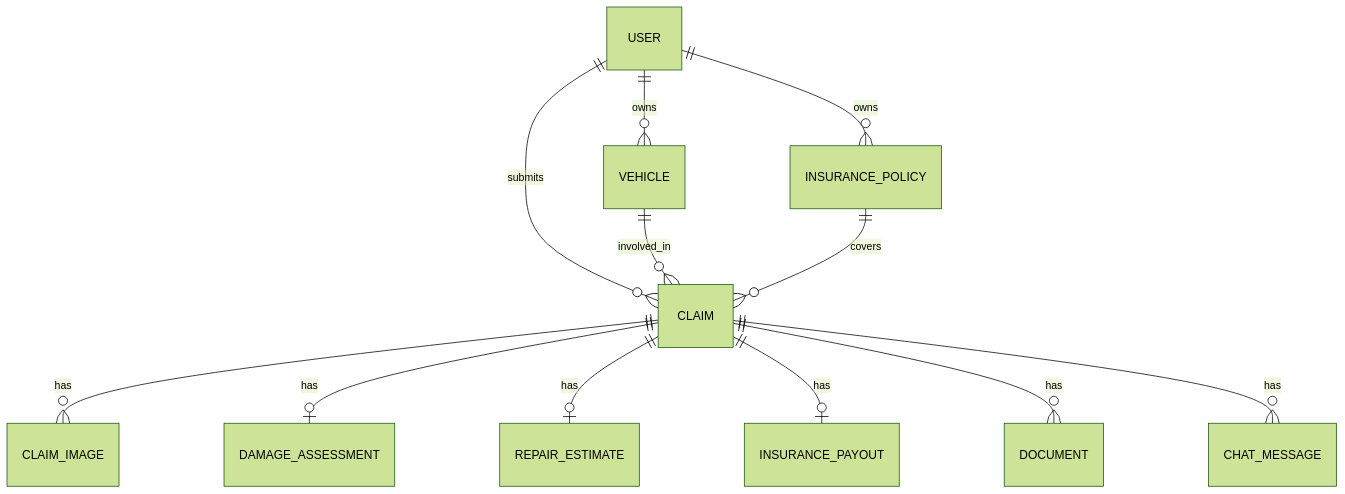
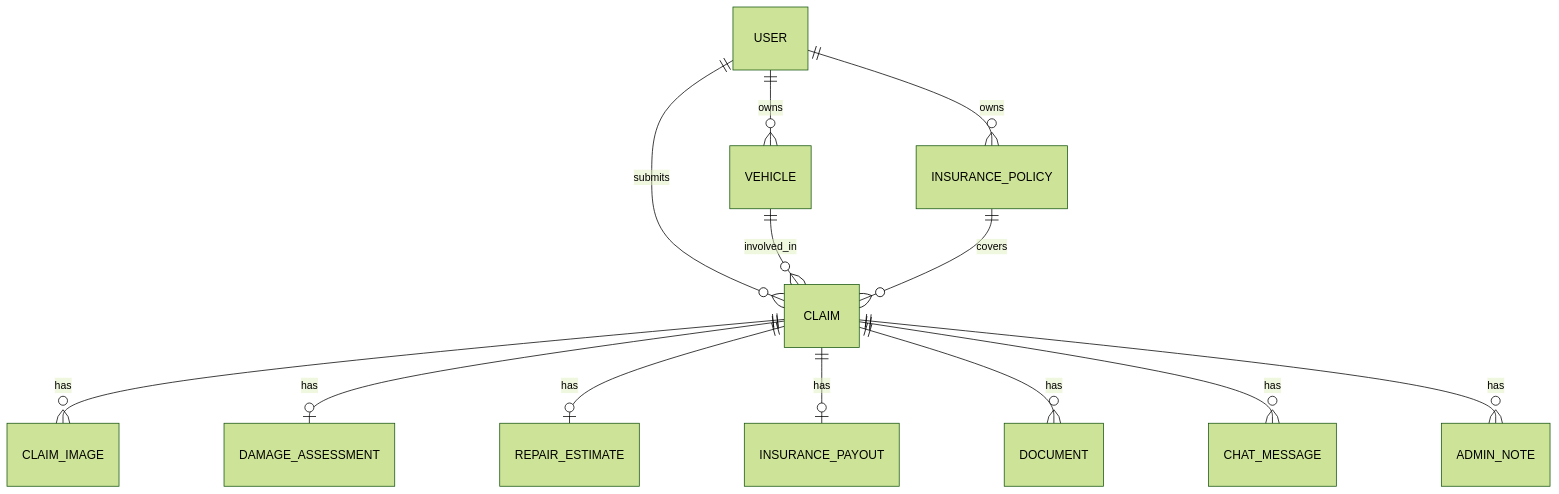
The fifth of 8 diagrams in .qoder/repowiki/en/content/Backend Documentation/API Endpoints Reference/Claims Processing Endpoints.md (NaveenHiranya/Smart-Vehicle-Insurance-Claim-System), drawn with Mermaid (forest theme) before and after one commit. The commit also changed other lines of this file and 9 other files, not shown here.

````diff
--- a/.qoder/repowiki/en/content/Backend Documentation/API Endpoints Reference/Claims Processing Endpoints.md
+++ b/.qoder/repowiki/en/content/Backend Documentation/API Endpoints Reference/Claims Processing Endpoints.md
@@ -430,14 +469,15 @@
 ```mermaid
 erDiagram
 USER ||--o{ VEHICLE : owns
 USER ||--o{ INSURANCE_POLICY : owns
 USER ||--o{ CLAIM : submits
 VEHICLE ||--o{ CLAIM : involved_in
 INSURANCE_POLICY ||--o{ CLAIM : covers
 CLAIM ||--o{ CLAIM_IMAGE : has
 CLAIM ||--o| DAMAGE_ASSESSMENT : has
 CLAIM ||--o| REPAIR_ESTIMATE : has
 CLAIM ||--o| INSURANCE_PAYOUT : has
 CLAIM ||--o{ DOCUMENT : has
 CLAIM ||--o{ CHAT_MESSAGE : has
+CLAIM ||--o{ ADMIN_NOTE : has
 ```
````
